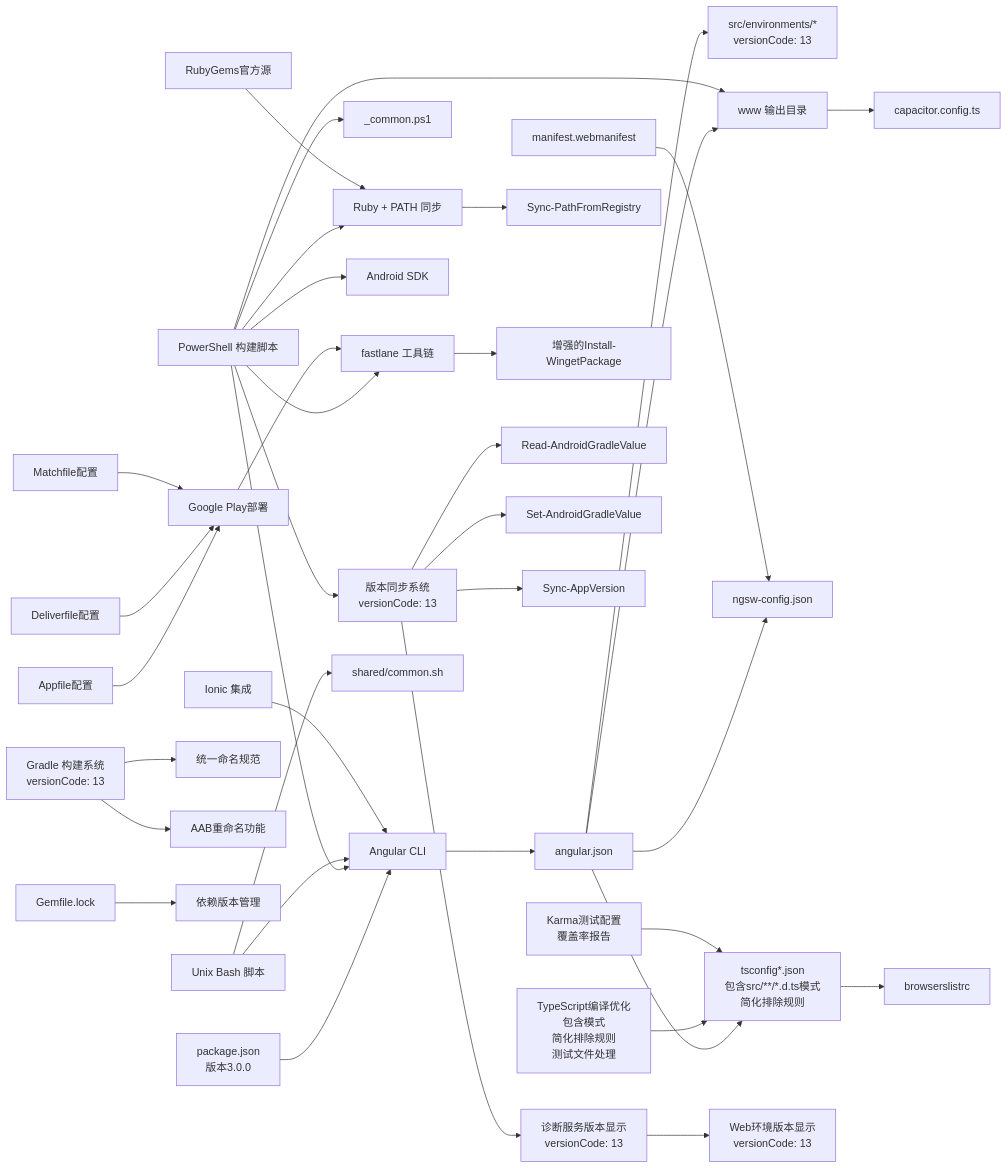
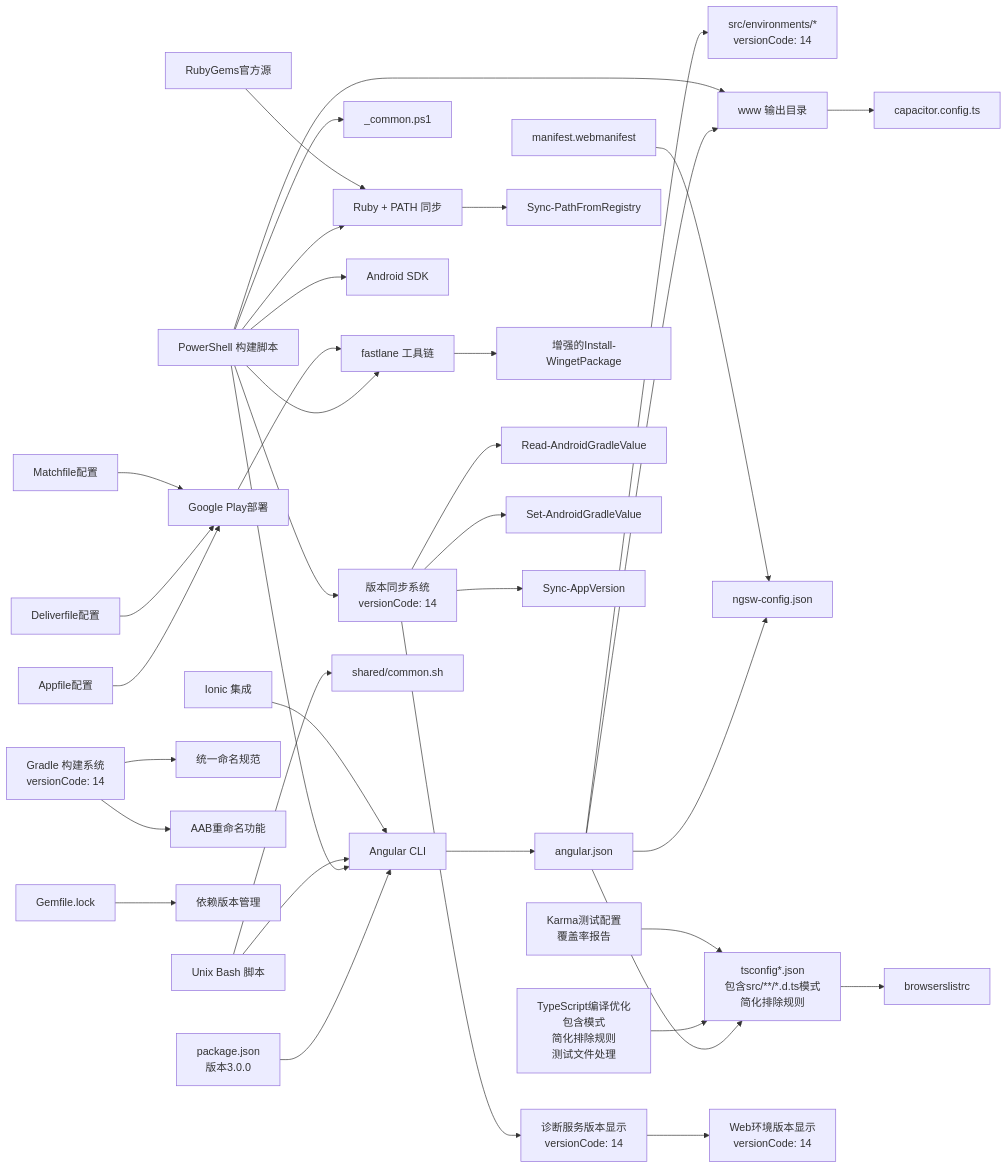
The sixth of 6 diagrams in .qoder/repowiki/zh/content/构建与部署/构建配置.md (tea4go/Macro-Deck-Client-App), drawn with Mermaid before and after one commit. The commit also changed other lines of this file and 4 other files, not shown here.

````diff
--- a/.qoder/repowiki/zh/content/构建与部署/构建配置.md
+++ b/.qoder/repowiki/zh/content/构建与部署/构建配置.md
@@ -1093,39 +1093,39 @@
 ```mermaid
 graph LR
 P["package.json<br/>版本3.0.0"] --> CLI["Angular CLI"]
 CLI --> CFG["angular.json"]
-CFG --> ENV["src/environments/*<br/>versionCode: 13"]
+CFG --> ENV["src/environments/*<br/>versionCode: 14"]
 CFG --> TS["tsconfig*.json<br/>包含src/**/*.d.ts模式<br/>简化排除规则"]
 TS --> BROWS["browserslistrc"]
 CFG --> SW["ngsw-config.json"]
 CFG --> WWW["www 输出目录"]
 WWW --> CAP["capacitor.config.ts"]
 PS["PowerShell 构建脚本"] --> CLI
 PS --> COMMON["_common.ps1"]
 PS --> WWW
 PS --> FASTLANE["fastlane 工具链"]
 PS --> ANDROID["Android SDK"]
 PS --> RUBY["Ruby + PATH 同步"]
-PS --> VERSIONSYNC["版本同步系统<br/>versionCode: 13"]
+PS --> VERSIONSYNC["版本同步系统<br/>versionCode: 14"]
 UNIX["Unix Bash 脚本"] --> COMMON2["shared/common.sh"]
 UNIX --> CLI
 MAN["manifest.webmanifest"] --> SW
 IONIC["Ionic 集成"] --> CLI
 RUBY --> SYNC["Sync-PathFromRegistry"]
 FASTLANE --> WINGET["增强的Install-WingetPackage"]
-GRADLE["Gradle 构建系统<br/>versionCode: 13"] --> NAMING["统一命名规范"]
+GRADLE["Gradle 构建系统<br/>versionCode: 14"] --> NAMING["统一命名规范"]
 GRADLE --> AABRENAME["AAB重命名功能"]
 GEMLOCK["Gemfile.lock"] --> DEPS["依赖版本管理"]
 PLAYSTORE["Google Play部署"] --> FASTLANE
 APPFILE["Appfile配置"] --> PLAYSTORE
 DELIVER["Deliverfile配置"] --> PLAYSTORE
 MATCH["Matchfile配置"] --> PLAYSTORE
 RUBYGEMS["RubyGems官方源"] --> RUBY
 VERSIONSYNC --> READGRADLE["Read-AndroidGradleValue"]
 VERSIONSYNC --> SETGRADLE["Set-AndroidGradleValue"]
 VERSIONSYNC --> SYNCAPP["Sync-AppVersion"]
-VERSIONSYNC --> DIAGNOSTIC["诊断服务版本显示<br/>versionCode: 13"]
-DIAGNOSTIC --> WEBENV["Web环境版本显示<br/>versionCode: 13"]
+VERSIONSYNC --> DIAGNOSTIC["诊断服务版本显示<br/>versionCode: 14"]
+DIAGNOSTIC --> WEBENV["Web环境版本显示<br/>versionCode: 14"]
 TSOPTIMIZATION["TypeScript编译优化<br/>包含模式<br/>简化排除规则<br/>测试文件处理"] --> TS
 KARMA["Karma测试配置<br/>覆盖率报告"] --> TS
 ```
````
